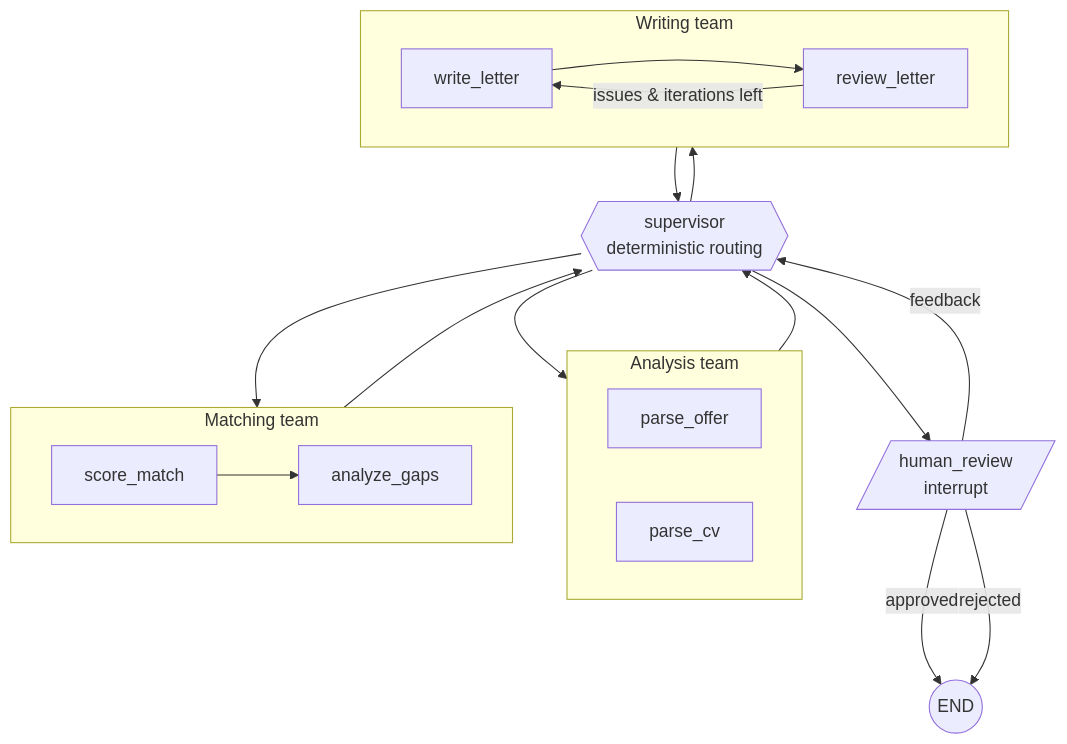
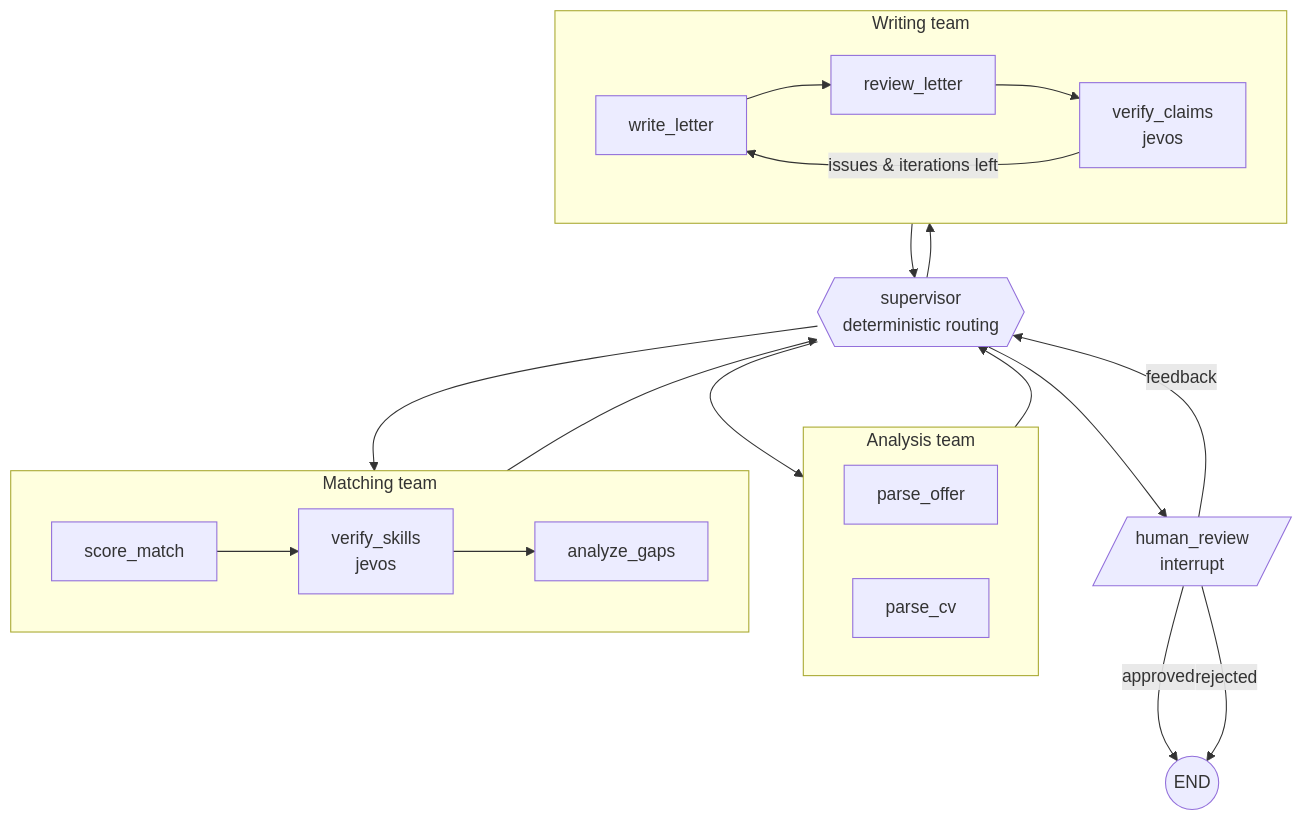
The second of 2 diagrams in README.md (DHoudetot-Cyril/jobmatch-agent), drawn with Mermaid before and after one commit. The commit also changed 18 other files, not shown here.

First line of the commit message:
feat(decisions): jevos decision layer in the graph (System 1 / System 2)

````diff
--- a/README.md
+++ b/README.md
@@ -51,23 +51,23 @@
 ```mermaid
 flowchart TD
     S{{supervisor<br/>deterministic routing}}
     subgraph A["Analysis team"]
         PO[parse_offer]
         PC[parse_cv]
     end
     subgraph M["Matching team"]
-        SM[score_match] --> AG[analyze_gaps]
+        SM[score_match] --> VS[verify_skills<br/>jevos] --> AG[analyze_gaps]
     end
     subgraph W["Writing team"]
-        WL[write_letter] --> RL[review_letter]
-        RL -->|issues & iterations left| WL
+        WL[write_letter] --> RL[review_letter] --> VC[verify_claims<br/>jevos]
+        VC -->|issues & iterations left| WL
     end
     H[/human_review<br/>interrupt/]
     S --> A --> S
     S --> M --> S
     S --> W --> S
     S --> H
     H -->|approved| E((END))
     H -->|feedback| S
     H -->|rejected| E
 ```
````
